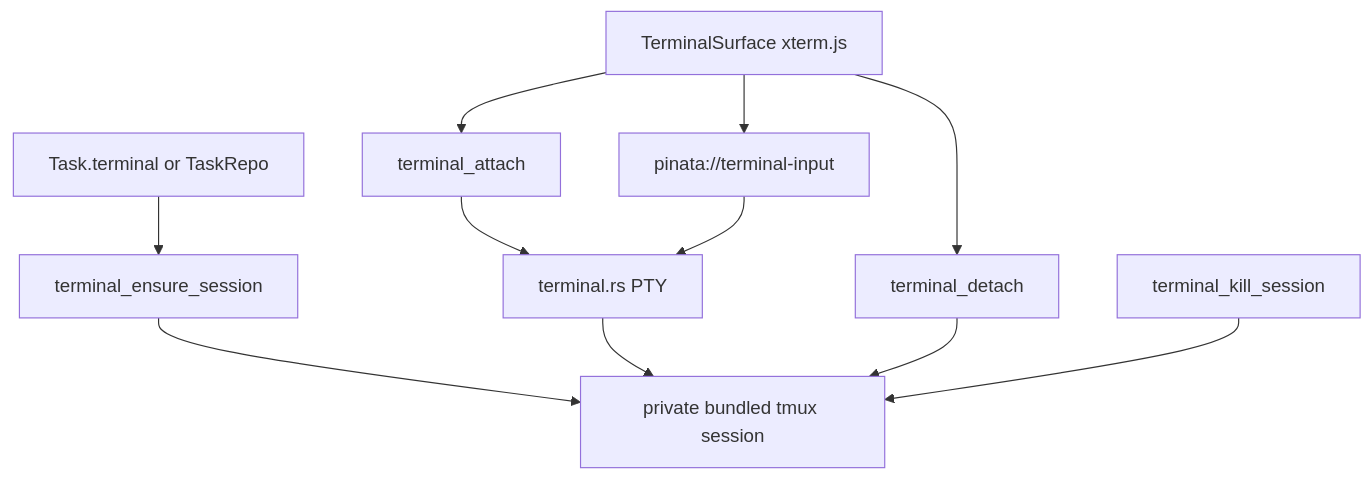
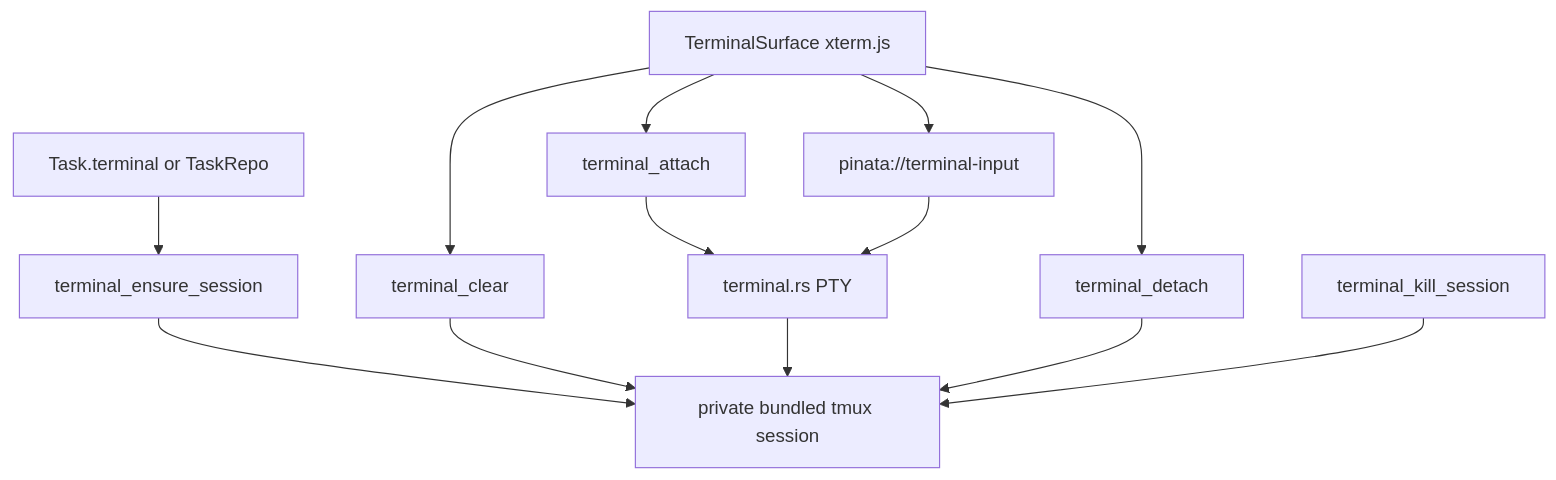
One commit to gh0stonio/pinata changed the diagram in src/features/terminal/spec.md. Above: the diagram before and after it, drawn with Mermaid. The commit also changed other lines of this file and 7 other files, not shown here.

Commit message:
add terminal clear and scrollback controls

````diff
--- a/src/features/terminal/spec.md
+++ b/src/features/terminal/spec.md
@@ -46,23 +47,26 @@
 ```mermaid
 flowchart TD
     Surface["Task.terminal or TaskRepo"]
     Ensure["terminal_ensure_session"]
     Tmux["private bundled tmux session"]
     Attach["terminal_attach"]
     Rust["terminal.rs PTY"]
     Xterm["TerminalSurface xterm.js"]
     Input["pinata://terminal-input"]
+    Clear["terminal_clear"]
     Detach["terminal_detach"]
     Kill["terminal_kill_session"]
 
     Surface --> Ensure
     Ensure --> Tmux
     Xterm --> Attach
     Xterm --> Input
+    Xterm --> Clear
     Attach --> Rust
     Input --> Rust
+    Clear --> Tmux
     Rust --> Tmux
     Xterm --> Detach
     Detach --> Tmux
     Kill --> Tmux
 ```
````
